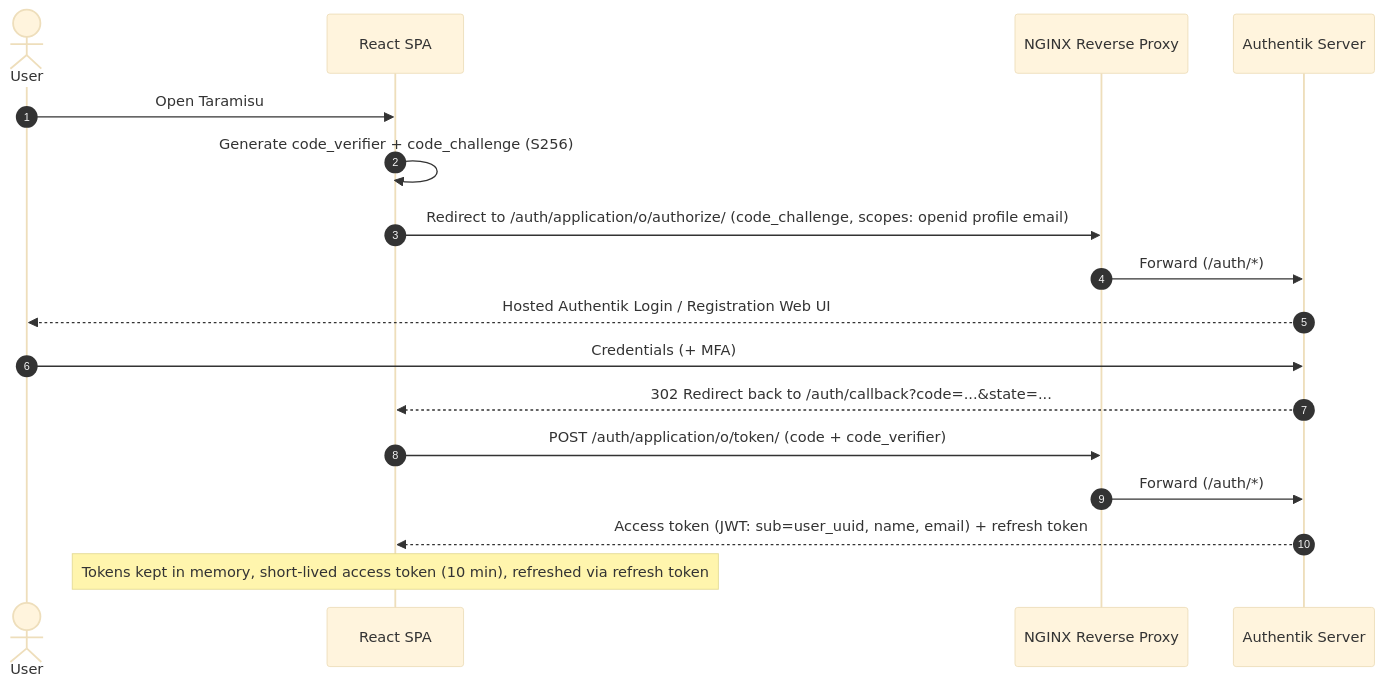
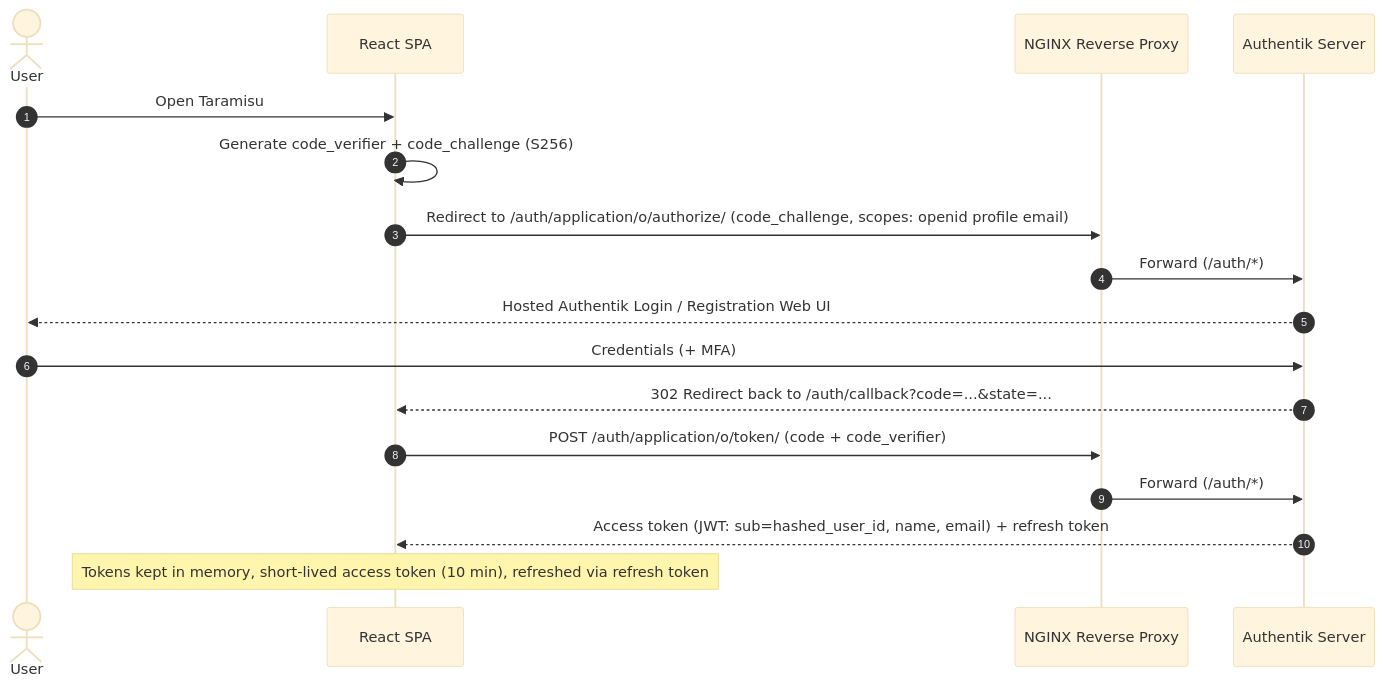
Before and after one commit to thi-taramisu/taramisu: the first of 3 diagrams in docs/internal/architecture/request-flows.md, drawn with Mermaid (base theme). The commit also changed 7 other files, not shown here.

````diff
--- a/docs/internal/architecture/request-flows.md
+++ b/docs/internal/architecture/request-flows.md
@@ -11,20 +11,20 @@
 ```mermaid
 sequenceDiagram
     autonumber
     actor U as User
     participant SPA as React SPA
     participant P as NGINX Reverse Proxy
     participant AS as Authentik Server
 
     U->>SPA: Open Taramisu
     SPA->>SPA: Generate code_verifier + code_challenge (S256)
     SPA->>P: Redirect to /auth/application/o/authorize/ (code_challenge, scopes: openid profile email)
     P->>AS: Forward (/auth/*)
     AS-->>U: Hosted Authentik Login / Registration Web UI
     U->>AS: Credentials (+ MFA)
     AS-->>SPA: 302 Redirect back to /auth/callback?code=...&state=...
     SPA->>P: POST /auth/application/o/token/ (code + code_verifier)
     P->>AS: Forward (/auth/*)
-    AS-->>SPA: Access token (JWT: sub=user_uuid, name, email) + refresh token
+    AS-->>SPA: Access token (JWT: sub=hashed_user_id, name, email) + refresh token
     Note over SPA: Tokens kept in memory, short-lived access token (10 min), refreshed via refresh token
 ```
````
